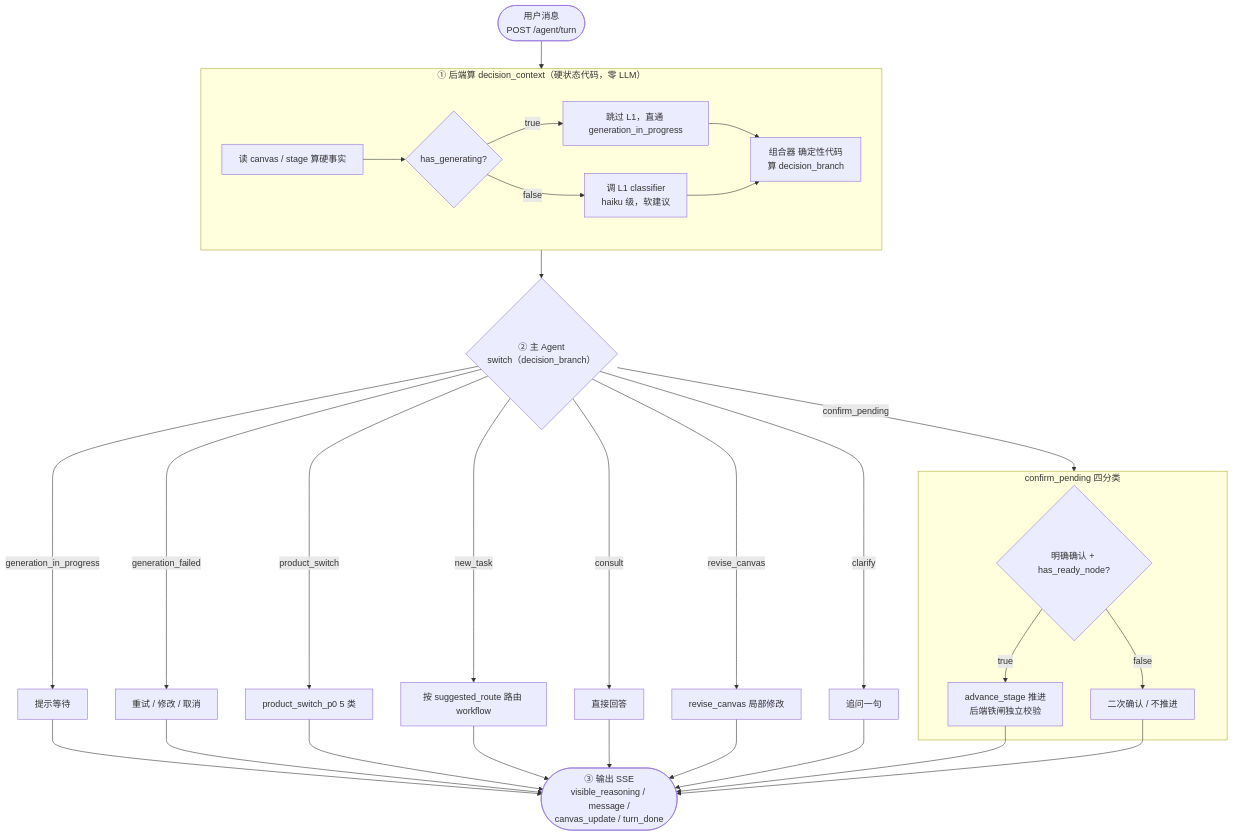
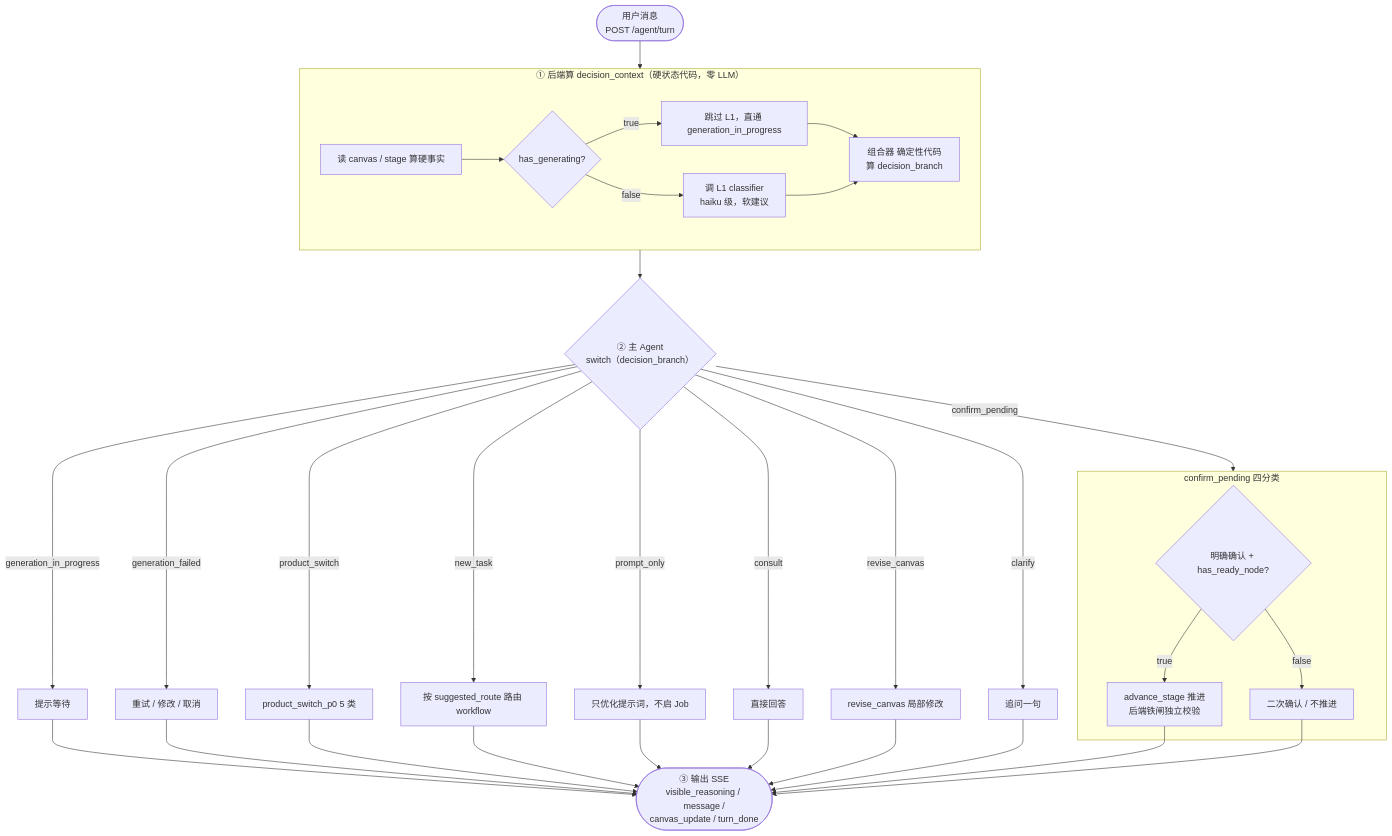
One commit to en175/blue-whale-ai changed the first of 2 diagrams in blue-whale-agent-workspace/skill/rules/decision_layer.md. Above: the diagram before and after it, drawn with Mermaid. The commit also changed other lines of this file and 11 other files, not shown here.

First line of the commit message:
feat(rules): 新增 prompt_only 分支 + 全仓口径收为两入口

````diff
--- a/blue-whale-agent-workspace/skill/rules/decision_layer.md
+++ b/blue-whale-agent-workspace/skill/rules/decision_layer.md
@@ -13,41 +13,43 @@
 ```mermaid
 flowchart TD
     U(["用户消息<br/>POST /agent/turn"]) --> S1
 
     subgraph S1["① 后端算 decision_context（硬状态代码，零 LLM）"]
         HF[读 canvas / stage 算硬事实] --> QG{has_generating?}
         QG -- true --> SC[跳过 L1，直通 generation_in_progress]
         QG -- false --> L1C[调 L1 classifier<br/>haiku 级，软建议]
         SC --> COMB[组合器 确定性代码<br/>算 decision_branch]
         L1C --> COMB
     end
 
     S1 --> SW{"② 主 Agent<br/>switch（decision_branch）"}
 
     SW -- generation_in_progress --> A1[提示等待]
     SW -- generation_failed --> A2[重试 / 修改 / 取消]
     SW -- product_switch --> A3[product_switch_p0 5 类]
     SW -- new_task --> A4["按 suggested_route 路由 workflow"]
+    SW -- prompt_only --> A9[只优化提示词，不启 Job]
     SW -- consult --> A5[直接回答]
     SW -- revise_canvas --> A6[revise_canvas 局部修改]
     SW -- confirm_pending --> CG
     SW -- clarify --> A8[追问一句]
 
     subgraph CG["confirm_pending 四分类"]
         QG2{明确确认 + has_ready_node?}
         QG2 -- true --> ADV[advance_stage 推进<br/>后端铁闸独立校验]
         QG2 -- false --> W2[二次确认 / 不推进]
     end
 
     A1 --> OUT
     A2 --> OUT
     A3 --> OUT
     A4 --> OUT
+    A9 --> OUT
     A5 --> OUT
     A6 --> OUT
     A8 --> OUT
     ADV --> OUT
     W2 --> OUT
 
     OUT(["③ 输出 SSE<br/>visible_reasoning / message /<br/>canvas_update / turn_done"])
 ```
````
